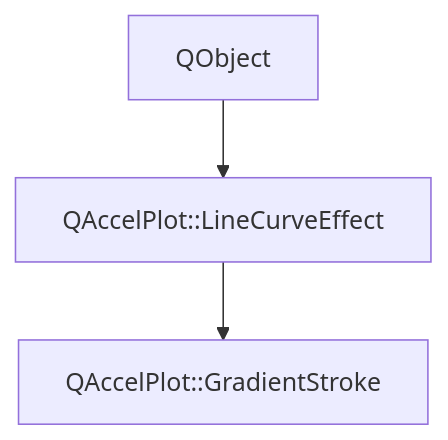
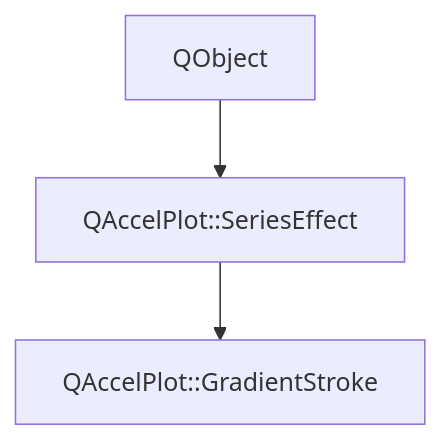
Before and after one commit to michalgrabarczyk/QAccelPlot: the diagram in main/assets/.doxy/QAccelPlot/api/classQAccelPlot_1_1GradientStroke.md, drawn with Mermaid. The commit also changed other lines of this file and 381 other files, not shown here.

````diff
--- a/main/assets/.doxy/QAccelPlot/api/classQAccelPlot_1_1GradientStroke.md
+++ b/main/assets/.doxy/QAccelPlot/api/classQAccelPlot_1_1GradientStroke.md
@@ -31,12 +31,12 @@
 ```mermaid
 flowchart TB
   classQAccelPlot_1_1GradientStroke["QAccelPlot::GradientStroke"]
 
-  classQAccelPlot_1_1LineCurveEffect["QAccelPlot::LineCurveEffect"]
-  classQAccelPlot_1_1LineCurveEffect --> classQAccelPlot_1_1GradientStroke
-  click classQAccelPlot_1_1LineCurveEffect "../classQAccelPlot_1_1LineCurveEffect/" "Open QAccelPlot::LineCurveEffect"
+  classQAccelPlot_1_1SeriesEffect["QAccelPlot::SeriesEffect"]
+  classQAccelPlot_1_1SeriesEffect --> classQAccelPlot_1_1GradientStroke
+  click classQAccelPlot_1_1SeriesEffect "../classQAccelPlot_1_1SeriesEffect/" "Open QAccelPlot::SeriesEffect"
 
-  external_base_classQAccelPlot_1_1LineCurveEffect_1["QObject"]
-  external_base_classQAccelPlot_1_1LineCurveEffect_1 --> classQAccelPlot_1_1LineCurveEffect
+  external_base_classQAccelPlot_1_1SeriesEffect_1["QObject"]
+  external_base_classQAccelPlot_1_1SeriesEffect_1 --> classQAccelPlot_1_1SeriesEffect
 
 ```
````
